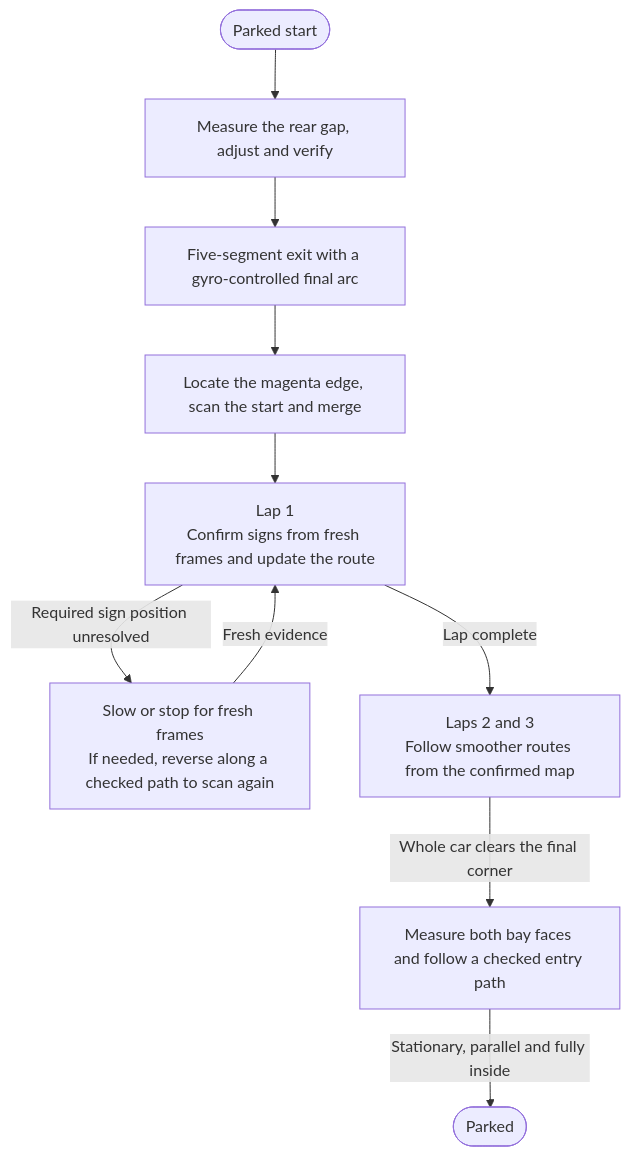
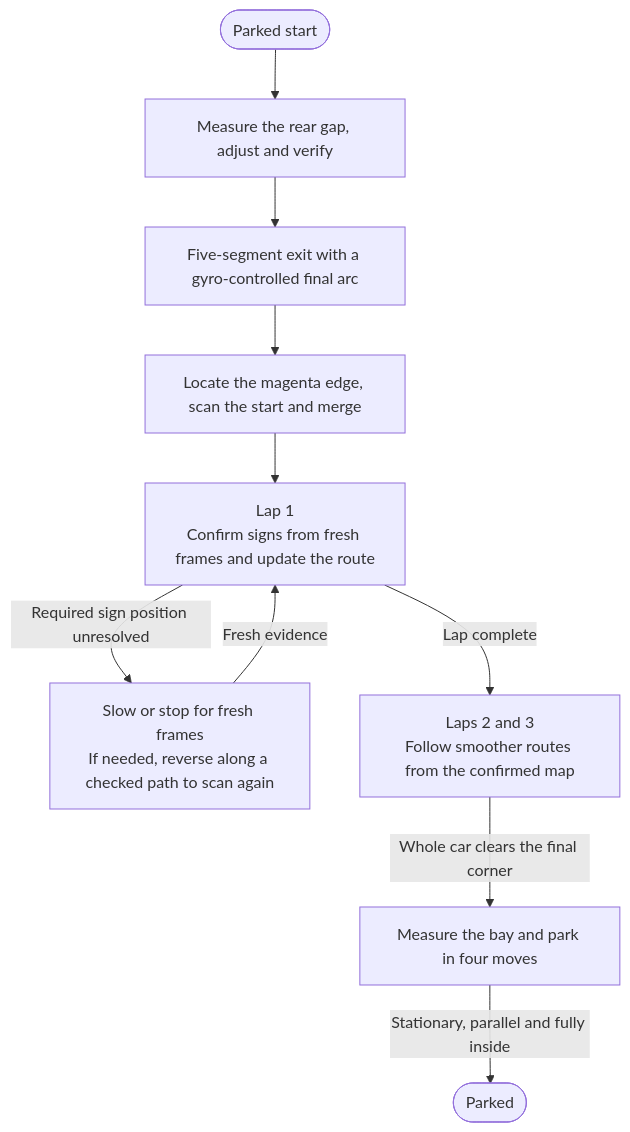
One commit to flawil-beavers/Future-Engineers_2026 changed the third of 3 diagrams in README.md. Above: the diagram before and after it, drawn with Mermaid. The commit also changed other lines of this file and 11 other files, not shown here.

````diff
--- a/README.md
+++ b/README.md
@@ -340,14 +340,14 @@
 ```mermaid
 flowchart TD
     accTitle: Obstacle Challenge flow
     accDescr: The robot leaves the bay, discovers signs on lap one, uses the confirmed map on later laps and checks its final parking pose.
     start(["Parked start"]) --> gap["Measure the rear gap, adjust and verify"]
     gap --> exitBay["Five-segment exit with a gyro-controlled final arc"]
     exitBay --> join["Locate the magenta edge, scan the start and merge"]
     join --> lap1["Lap 1<br/>Confirm signs from fresh frames and update the route"]
     lap1 -->|"Required sign position unresolved"| view["Slow or stop for fresh frames<br/>If needed, reverse along a checked path to scan again"]
     view -->|"Fresh evidence"| lap1
     lap1 -->|"Lap complete"| later["Laps 2 and 3<br/>Follow smoother routes from the confirmed map"]
-    later -->|"Whole car clears the final corner"| park["Measure both bay faces and follow a checked entry path"]
+    later -->|"Whole car clears the final corner"| park["Measure the bay and park in four moves"]
     park -->|"Stationary, parallel and fully inside"| done(["Parked"])
 ```
````
